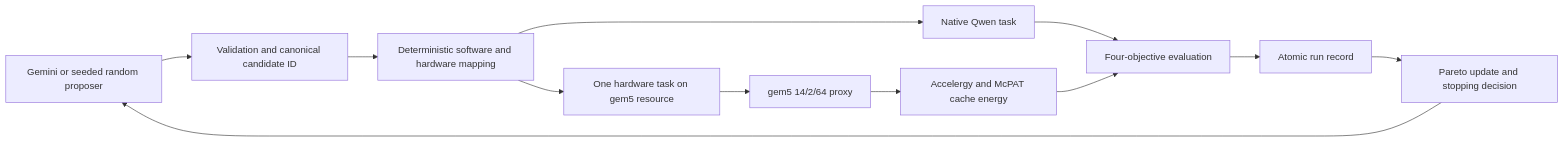
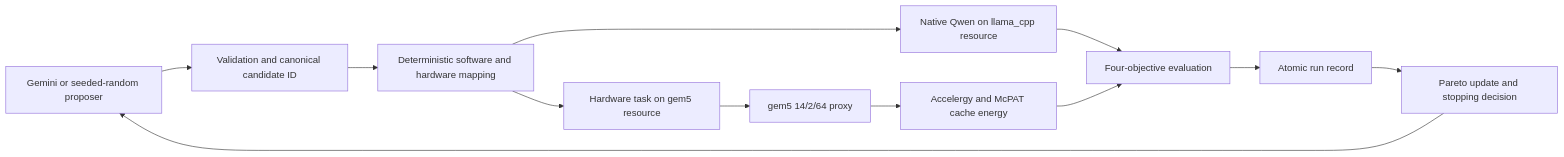
The diagram in README.md (SocialLab-AI/CHIA-Project), drawn with Mermaid before and after one commit. The commit also changed other lines of this file and 2 other files, not shown here.

````diff
--- a/README.md
+++ b/README.md
@@ -38,14 +49,14 @@
 ```mermaid
 flowchart LR
-  P[Gemini or seeded random proposer] --> V[Validation and canonical candidate ID]
+  P[Gemini or seeded-random proposer] --> V[Validation and canonical candidate ID]
   V --> M[Deterministic software and hardware mapping]
-  M --> N[Native Qwen task]
-  M --> H[One hardware task on gem5 resource]
+  M --> N[Native Qwen on llama_cpp resource]
+  M --> H[Hardware task on gem5 resource]
   H --> G[gem5 14/2/64 proxy]
   G --> E[Accelergy and McPAT cache energy]
   N --> Q[Four-objective evaluation]
   E --> Q
   Q --> R[Atomic run record]
   R --> F[Pareto update and stopping decision]
   F --> P
 ```
````
